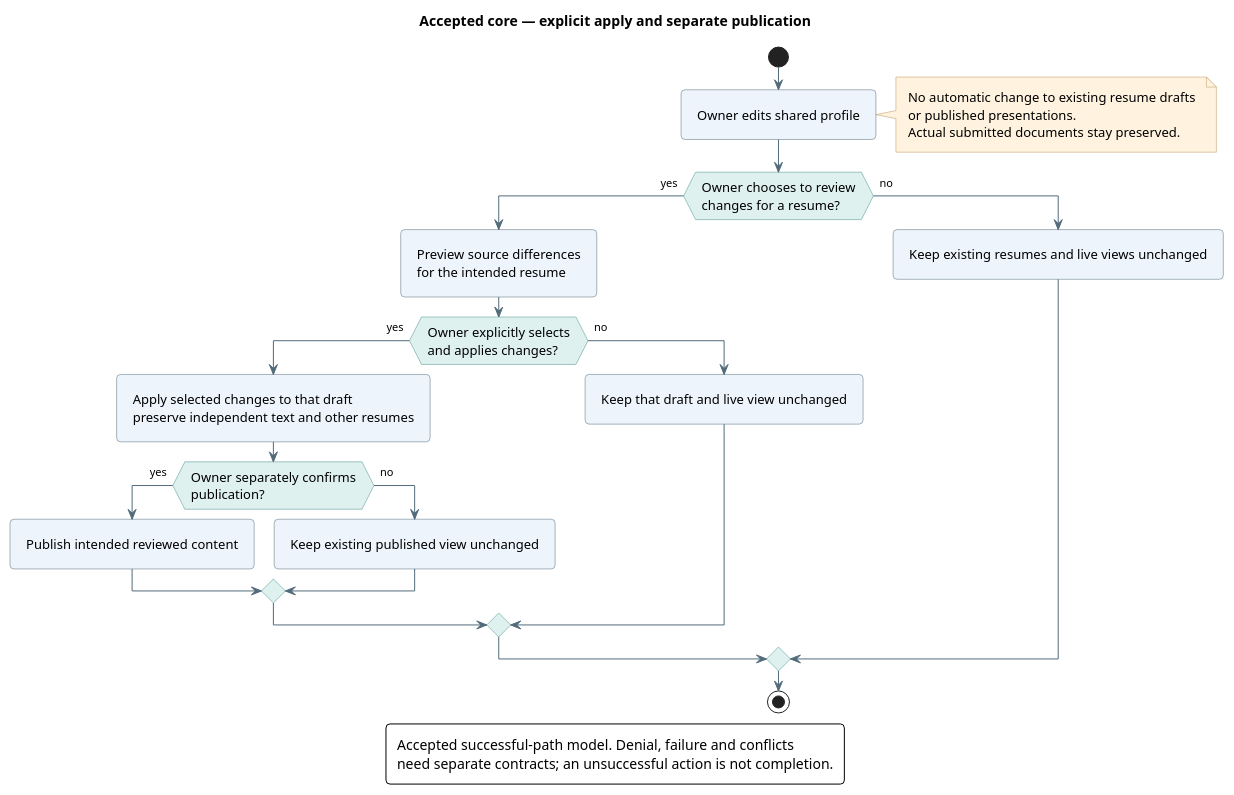
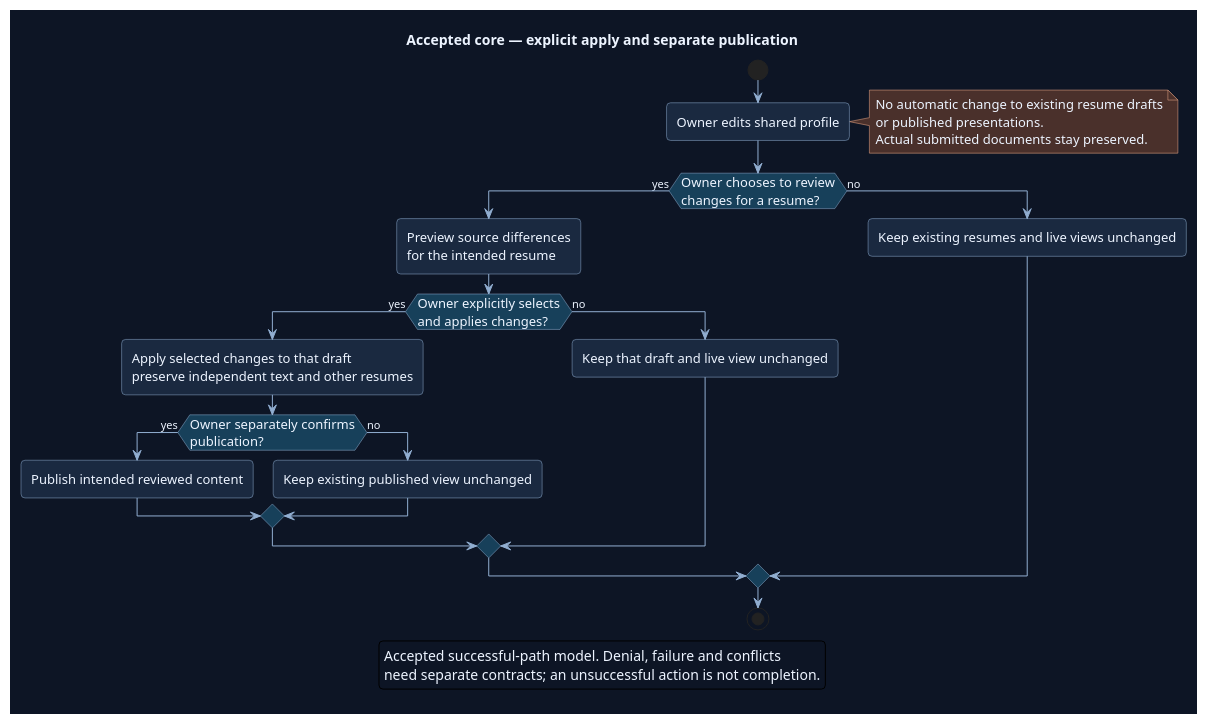
The diagram in Docs/SDLC/03-System-Analysis/Diagrams/Start-Here-Profile-Publication.puml (Farhad-V/Web-Resumefolio), drawn with PlantUML before and after one commit. The commit also changed 1772 other files, not shown here.

```diff
--- a/Docs/SDLC/03-System-Analysis/Diagrams/Start-Here-Profile-Publication.puml
+++ b/Docs/SDLC/03-System-Analysis/Diagrams/Start-Here-Profile-Publication.puml
@@ -1,61 +1,61 @@
 @startuml
 ' OWNER-MVP-2026-11-04 review: MVP core / cross-cutting. Core presentation/application/files or shared authority/recovery invariant remains applicable.
-skinparam backgroundColor white
+skinparam backgroundColor #0D1525
+skinparam defaultFontColor #EDF4FF
 skinparam defaultFontName Segoe UI
 skinparam defaultFontSize 13
 skinparam shadowing false
 skinparam roundcorner 8
-skinparam ArrowColor #526B7B
+skinparam ArrowColor #91AED1
 skinparam ArrowFontSize 11
 skinparam packageStyle rectangle
 skinparam classAttributeIconSize 0
 hide circle
-skinparam classBackgroundColor #EDF4FB
-skinparam classBorderColor #526B7B
-skinparam classHeaderBackgroundColor #DFF1EF
-skinparam noteBackgroundColor #FFF3DF
-skinparam noteBorderColor #B99557
-skinparam rectangleBackgroundColor #EDF4FB
-skinparam rectangleBorderColor #526B7B
-skinparam activityBackgroundColor #EDF4FB
-skinparam activityBorderColor #526B7B
-skinparam activityDiamondBackgroundColor #DFF1EF
-skinparam activityDiamondBorderColor #458F88
-skinparam padding 6
+skinparam classBackgroundColor #1A2940
+skinparam classBorderColor #91AED1
+skinparam classHeaderBackgroundColor #17405A
+skinparam noteBackgroundColor #4A302B
+skinparam noteBorderColor #F1AD8A
+skinparam rectangleBackgroundColor #1A2940
+skinparam rectangleBorderColor #91AED1
+skinparam activityBackgroundColor #1A2940
+skinparam activityBorderColor #91AED1
+skinparam activityDiamondBackgroundColor #17405A
+skinparam activityDiamondBorderColor #91AED1
 skinparam nodesep 35
 skinparam ranksep 40
 hide empty members
 title Accepted core — explicit apply and separate publication
 start
 :Owner edits shared profile;
 note right
 No automatic change to existing resume drafts
 or published presentations.
 Actual submitted documents stay preserved.
 end note
 if (Owner chooses to review
 changes for a resume?) then (yes)
  :Preview source differences
 for the intended resume;
  if (Owner explicitly selects
 and applies changes?) then (yes)
   :Apply selected changes to that draft
 preserve independent text and other resumes;
   if (Owner separately confirms
 publication?) then (yes)
    :Publish intended reviewed content;
   else (no)
    :Keep existing published view unchanged;
   endif
  else (no)
   :Keep that draft and live view unchanged;
  endif
 else (no)
  :Keep existing resumes and live views unchanged;
 endif
 stop
 legend bottom
 Accepted successful-path model. Denial, failure and conflicts
 need separate contracts; an unsuccessful action is not completion.
 endlegend
 @enduml
```
